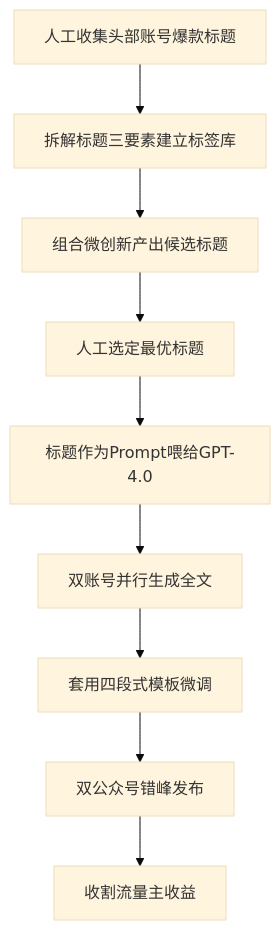
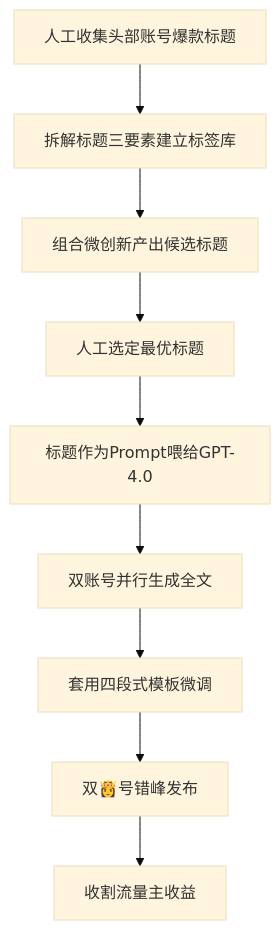
Before and after one commit to OpenDocCN1/flygon-zhuanqian-zhoubao: the first of 5 diagrams in docs/202305_paper2textbook/asset/body_fix_fd9af903fb1a0423c0d75b92f6d1d389_6dd33926f9e68c5c368ea4c303855d6b_9cdcd60c159544d885dbeab4a47d2688_61da4cbcabdce897aead3d1fdee0a2c4.md, drawn with Mermaid (base theme). The commit also changed other lines of this file and 6688 other files, not shown here.

````diff
--- a/docs/202305_paper2textbook/asset/body_fix_fd9af903fb1a0423c0d75b92f6d1d389_6dd33926f9e68c5c368ea4c303855d6b_9cdcd60c159544d885dbeab4a47d2688_61da4cbcabdce897aead3d1fdee0a2c4.md
+++ b/docs/202305_paper2textbook/asset/body_fix_fd9af903fb1a0423c0d75b92f6d1d389_6dd33926f9e68c5c368ea4c303855d6b_9cdcd60c159544d885dbeab4a47d2688_61da4cbcabdce897aead3d1fdee0a2c4.md
@@ -57,11 +57,11 @@
 ```mermaid
 flowchart TD
     A[人工收集头部账号爆款标题] --> B[拆解标题三要素建立标签库]
     B --> C[组合微创新产出候选标题]
     C --> D[人工选定最优标题]
     D --> E[标题作为Prompt喂给GPT-4.0]
     E --> F[双账号并行生成全文]
     F --> G[套用四段式模板微调]
-    G --> H[双公众号错峰发布]
+    G --> H[双👸号错峰发布]
     H --> I[收割流量主收益]
 ```
````
